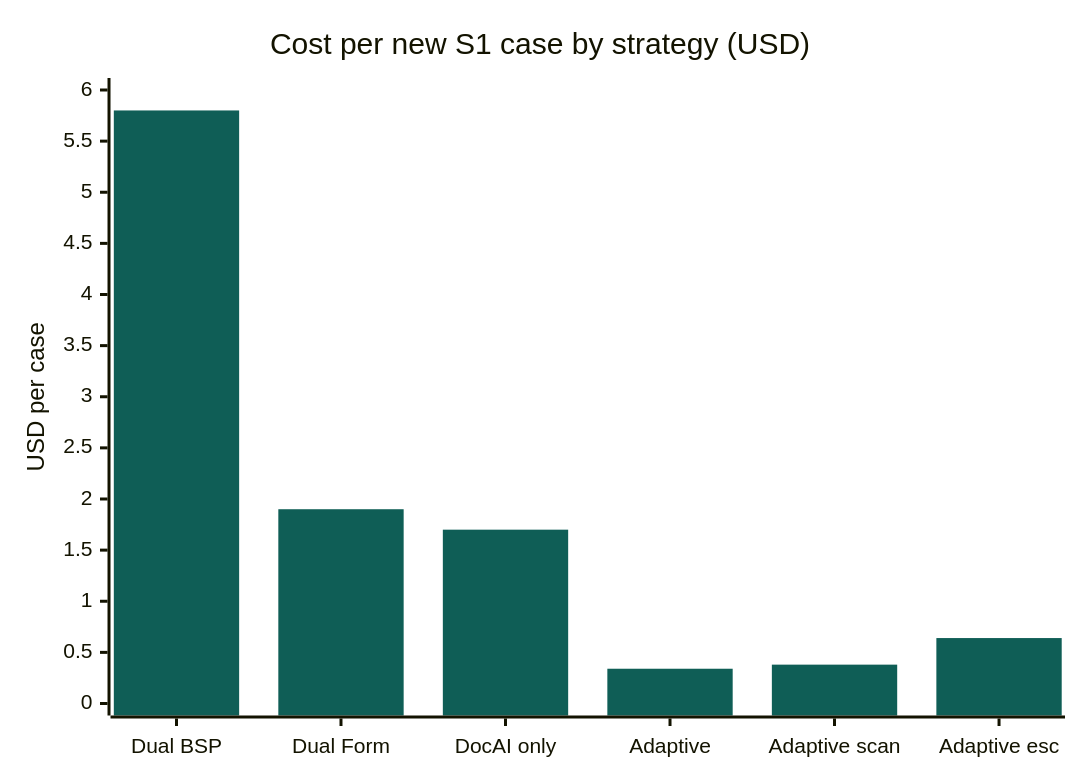
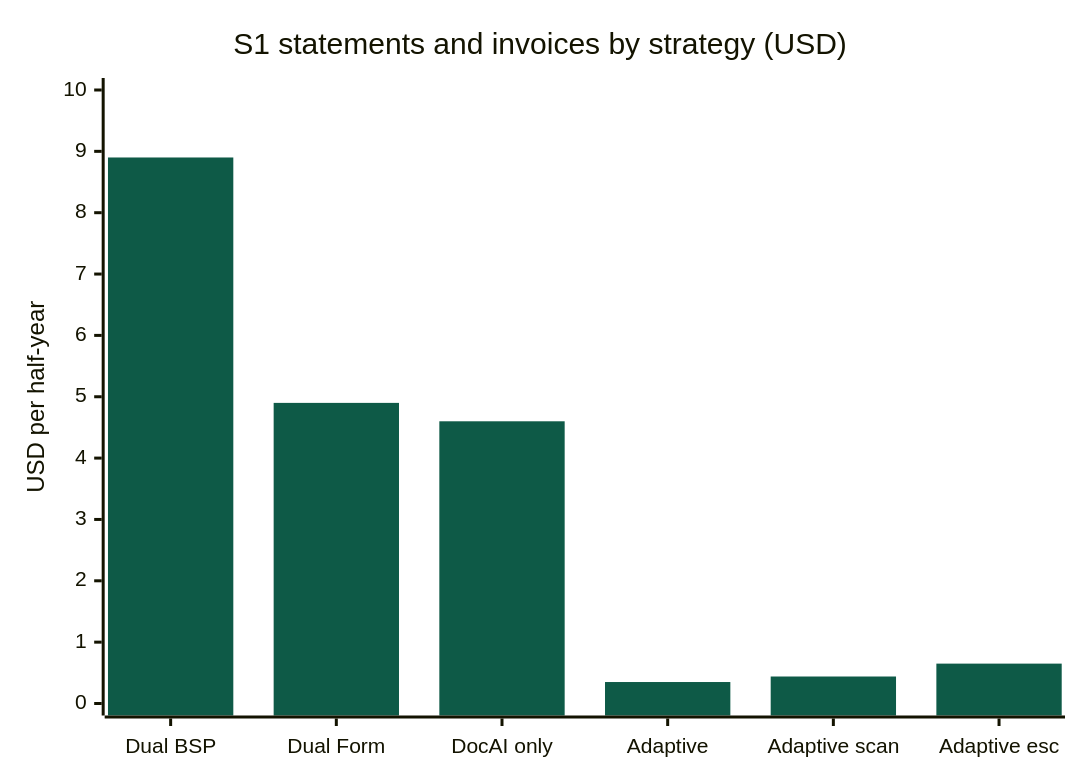
One commit to fadlytanjung/kredibel changed the second of 3 diagrams in docs/21-cost-analysis.md. Above: the diagram before and after it, drawn with Mermaid. The commit also changed other lines of this file and 245 other files, not shown here.

````diff
--- a/docs/21-cost-analysis.md
+++ b/docs/21-cost-analysis.md
@@ -156,8 +166,8 @@
 ```mermaid
-%%{init: {"theme": "base", "themeVariables": {"fontFamily": "Arial, Helvetica, sans-serif", "fontSize": "14px", "xyChart": {"plotColorPalette": "#0F5E56", "backgroundColor": "#FFFFFF"}}}}%%
+%%{init: {"theme": "base", "themeVariables": {"fontFamily": "Arial, Helvetica, sans-serif", "fontSize": "14px", "xyChart": {"plotColorPalette": "#0E5A47", "backgroundColor": "#FFFFFF"}}}}%%
 xychart-beta
-    title "Cost per new S1 case by strategy (USD)"
+    title "S1 statements and invoices by strategy (USD)"
     x-axis ["Dual BSP", "Dual Form", "DocAI only", "Adaptive", "Adaptive scan", "Adaptive esc"]
-    y-axis "USD per case" 0 --> 6
-    bar [5.8, 1.9, 1.7, 0.34, 0.38, 0.64]
+    y-axis "USD per half-year" 0 --> 10
+    bar [8.9, 4.9, 4.6, 0.35, 0.44, 0.65]
 ```
````
